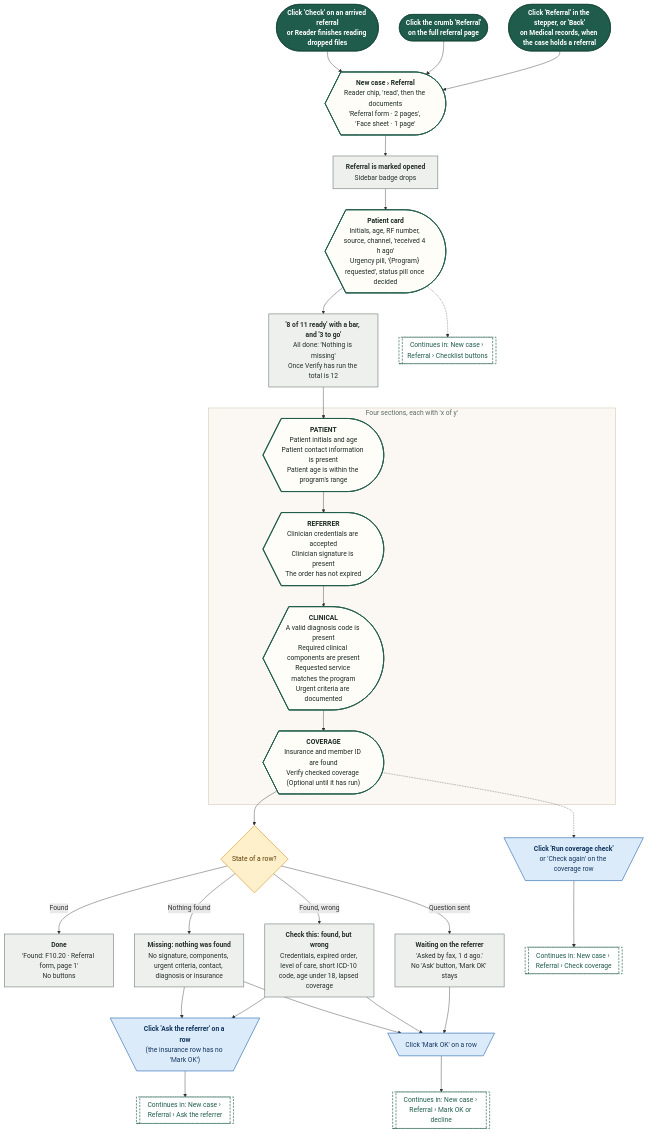
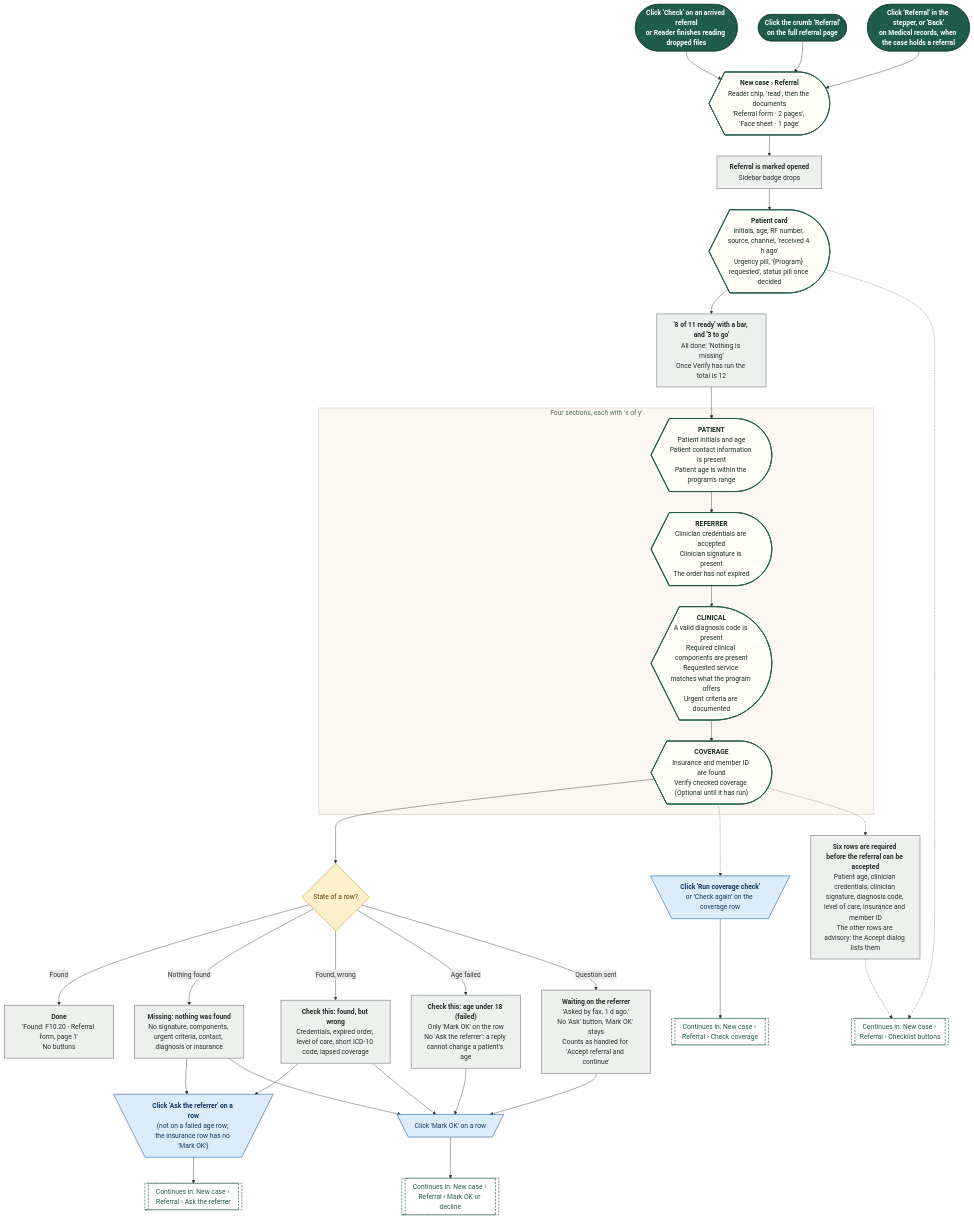
The fourth of 36 diagrams in demos/prior-auth-demo/workflows/out/md/04-new-case.md (Shrav143/psyfloapp), drawn with Mermaid before and after one commit. The commit also changed other lines of this file and 195 other files, not shown here.

First line of the commit message:
docs: Rebuild workflow diagrams after the demo fixes (220 diagrams)

````diff
--- a/demos/prior-auth-demo/workflows/out/md/04-new-case.md
+++ b/demos/prior-auth-demo/workflows/out/md/04-new-case.md
@@ -303,71 +304,76 @@
 ```mermaid
 %%{init: {"theme":"base","themeVariables":{"fontFamily":"'DM Sans', 'Segoe UI', system-ui, sans-serif","fontSize":"15px","lineColor":"#5B6B63","primaryTextColor":"#1C2B25","clusterBkg":"#FBF8F3","clusterBorder":"#D9CDBB","edgeLabelBackground":"#FFFFFF"},"flowchart":{"curve":"basis","nodeSpacing":36,"rankSpacing":48,"padding":12,"htmlLabels":true,"useMaxWidth":false,"wrappingWidth":230}} }%%
 flowchart TD
   classDef k_start fill:#1F5C4B,stroke:#174638,color:#FFFFFF,stroke-width:1.5px,font-weight:600
   classDef k_end fill:#DDEFE3,stroke:#2E7D4F,color:#14502F,stroke-width:1.5px,font-weight:600
   classDef k_endx fill:#FBE3E0,stroke:#C0392B,color:#7A1F16,stroke-width:1.5px,font-weight:600
   classDef k_screen fill:#FFFDF8,stroke:#1F5C4B,color:#1C2B25,stroke-width:2px
   classDef k_overlay fill:#F1F7F3,stroke:#1F5C4B,color:#1C2B25,stroke-width:2px,stroke-dasharray:5 3
   classDef k_click fill:#DCEBFA,stroke:#2F6DB5,color:#12365F,stroke-width:1.5px
   classDef k_input fill:#E4E7FF,stroke:#4C5FD5,color:#1D2670,stroke-width:1.5px
   classDef k_process fill:#EEF0EE,stroke:#7A857F,color:#26302B,stroke-width:1.5px
   classDef k_agent fill:#EEE5FA,stroke:#7A4FC2,color:#341A63,stroke-width:1.5px
   classDef k_decision fill:#FFF0CC,stroke:#D9962B,color:#5C3B00,stroke-width:1.5px
   classDef k_store fill:#D5F0EA,stroke:#1C8E7B,color:#0B4A3F,stroke-width:1.5px
   classDef k_doc fill:#F6E9DC,stroke:#B07A4C,color:#4A2E14,stroke-width:1.5px
   classDef k_ext fill:#FFE6D2,stroke:#E07B39,color:#6B2F06,stroke-width:1.5px
   classDef k_wait fill:#E4E8EE,stroke:#6B7C93,color:#26303D,stroke-width:1.5px
   classDef k_toast fill:#FFF9DB,stroke:#C9A400,color:#5A4A00,stroke-width:1.5px
   classDef k_goto fill:#FFFFFF,stroke:#1F5C4B,color:#1F5C4B,stroke-width:1.5px,stroke-dasharray:5 3
   s1@{ shape: stadium, label: "<b>Click 'Check' on an arrived referral</b><br/>or Reader finishes reading dropped files" }
   s2@{ shape: stadium, label: "<b>Click the crumb 'Referral'</b><br/>on the full referral page" }
   s3@{ shape: stadium, label: "<b>Click 'Referral' in the stepper, or 'Back'</b><br/>on Medical records, when the case holds a referral" }
   sc1@{ shape: curv-trap, label: "<b>New case › Referral</b><br/>Reader chip, 'read', then the documents<br/>'Referral form · 2 pages', 'Face sheet · 1 page'" }
   p0@{ shape: rect, label: "<b>Referral is marked opened</b><br/>Sidebar badge drops" }
   sc2@{ shape: curv-trap, label: "<b>Patient card</b><br/>Initials, age, RF number, source, channel, 'received 4 h ago'<br/>Urgency pill, '{Program} requested', status pill once decided" }
   pr@{ shape: rect, label: "<b>'8 of 11 ready' with a bar, and '3 to go'</b><br/>All done: 'Nothing is missing'<br/>Once Verify has run the total is 12" }
   subgraph gSec ["Four sections, each with 'x of y'"]
   sA@{ shape: curv-trap, label: "<b>PATIENT</b><br/>Patient initials and age<br/>Patient contact information is present<br/>Patient age is within the program's range" }
   sB@{ shape: curv-trap, label: "<b>REFERRER</b><br/>Clinician credentials are accepted<br/>Clinician signature is present<br/>The order has not expired" }
-  sC@{ shape: curv-trap, label: "<b>CLINICAL</b><br/>A valid diagnosis code is present<br/>Required clinical components are present<br/>Requested service matches the program<br/>Urgent criteria are documented" }
+  sC@{ shape: curv-trap, label: "<b>CLINICAL</b><br/>A valid diagnosis code is present<br/>Required clinical components are present<br/>Requested service matches what the program offers<br/>Urgent criteria are documented" }
   sD@{ shape: curv-trap, label: "<b>COVERAGE</b><br/>Insurance and member ID are found<br/>Verify checked coverage (Optional until it has run)" }
   end
   dRow@{ shape: diam, label: "State of a row?" }
   rDone@{ shape: rect, label: "<b>Done</b><br/>'Found: F10.20 · Referral form, page 1'<br/>No buttons" }
   rMiss@{ shape: rect, label: "<b>Missing: nothing was found</b><br/>No signature, components, urgent criteria, contact, diagnosis or insurance" }
-  rWarn@{ shape: rect, label: "<b>Check this: found, but wrong</b><br/>Credentials, expired order, level of care, short ICD-10 code, age under 18, lapsed coverage" }
-  rWait@{ shape: rect, label: "<b>Waiting on the referrer</b><br/>'Asked by fax, 1 d ago.'<br/>No 'Ask' button, 'Mark OK' stays" }
-  cAsk@{ shape: trap-t, label: "<b>Click 'Ask the referrer' on a row</b><br/>(the insurance row has no 'Mark OK')" }
+  rWarn@{ shape: rect, label: "<b>Check this: found, but wrong</b><br/>Credentials, expired order, level of care, short ICD-10 code, lapsed coverage" }
+  rAge@{ shape: rect, label: "<b>Check this: age under 18 (failed)</b><br/>Only 'Mark OK' on the row<br/>No 'Ask the referrer': a reply cannot change a patient's age" }
+  rWait@{ shape: rect, label: "<b>Waiting on the referrer</b><br/>'Asked by fax, 1 d ago.'<br/>No 'Ask' button, 'Mark OK' stays<br/>Counts as handled for 'Accept referral and continue'" }
+  cAsk@{ shape: trap-t, label: "<b>Click 'Ask the referrer' on a row</b><br/>(not on a failed age row; the insurance row has no 'Mark OK')" }
   cOk@{ shape: trap-t, label: "Click 'Mark OK' on a row" }
   cCov@{ shape: trap-t, label: "<b>Click 'Run coverage check'</b><br/>or 'Check again' on the coverage row" }
+  pReq@{ shape: rect, label: "<b>Six rows are required before the referral can be accepted</b><br/>Patient age, clinician credentials, clinician signature, diagnosis code, level of care, insurance and member ID<br/>The other rows are advisory: the Accept dialog lists them" }
   gAsk@{ shape: subproc, label: "Continues in: New case › Referral › Ask the referrer" }
   gOk@{ shape: subproc, label: "Continues in: New case › Referral › Mark OK or decline" }
   gCov@{ shape: subproc, label: "Continues in: New case › Referral › Check coverage" }
   gBtn@{ shape: subproc, label: "Continues in: New case › Referral › Checklist buttons" }
   s1 --> sc1
   s2 --> sc1
   s3 --> sc1
   sc1 --> p0 --> sc2 --> pr --> sA --> sB --> sC --> sD
   sc2 -.-> gBtn
   sD --> dRow
   dRow -->|"Found"| rDone
   dRow -->|"Nothing found"| rMiss
   dRow -->|"Found, wrong"| rWarn
+  dRow -->|"Age failed"| rAge
   dRow -->|"Question sent"| rWait
   rMiss --> cAsk
   rWarn --> cAsk
   rMiss --> cOk
   rWarn --> cOk
+  rAge --> cOk
   rWait --> cOk
   sD -.-> cCov
+  sD -.-> pReq -.-> gBtn
   cAsk --> gAsk
   cOk --> gOk
   cCov --> gCov
   class s1,s2,s3 k_start
   class sc1,sc2,sA,sB,sC,sD k_screen
-  class p0,pr,rDone,rMiss,rWarn,rWait k_process
+  class p0,pr,rDone,rMiss,rWarn,rAge,rWait,pReq k_process
   class dRow k_decision
   class cAsk,cOk,cCov k_click
   class gAsk,gOk,gCov,gBtn k_goto
   style gSec fill:#FBF8F3,stroke:#D9CDBB,stroke-width:1.5px,color:#5B6B63
 ```
````
